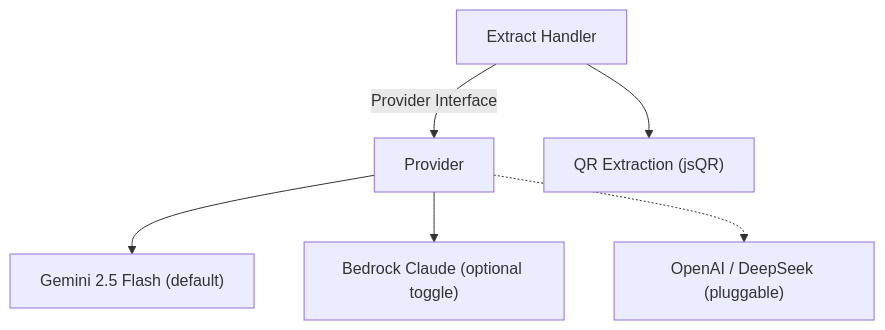
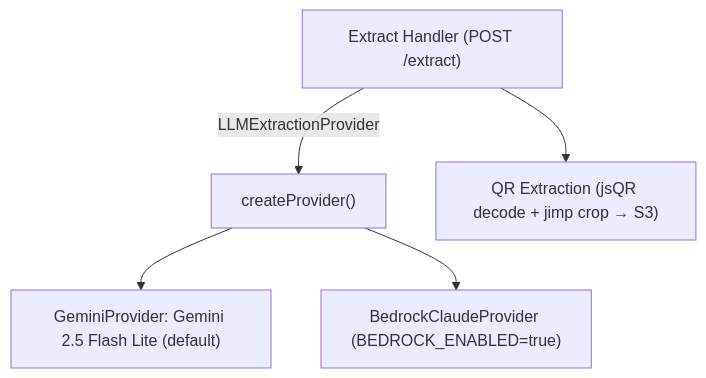
The second of 3 diagrams in README.md (Manuel-Castellon/Vaulty), drawn with Mermaid before and after one commit. The commit also changed other lines of this file and 4 other files, not shown here.

````diff
--- a/README.md
+++ b/README.md
@@ -97,8 +135,7 @@
 ```mermaid
 graph TD
-    Handler["Extract Handler"] --> |"Provider Interface"| Provider
-    Provider --> Gemini["Gemini 2.5 Flash (default)"]
-    Provider --> Bedrock["Bedrock Claude (optional toggle)"]
-    Provider -.-> Future["OpenAI / DeepSeek (pluggable)"]
-    Handler --> QR["QR Extraction (jsQR)"]
+    Handler["Extract Handler (POST /extract)"] --> |"LLMExtractionProvider"| Provider["createProvider()"]
+    Provider --> Gemini["GeminiProvider: Gemini 2.5 Flash Lite (default)"]
+    Provider --> Bedrock["BedrockClaudeProvider (BEDROCK_ENABLED=true)"]
+    Handler --> QR["QR Extraction (jsQR decode + jimp crop → S3)"]
 ```
````
